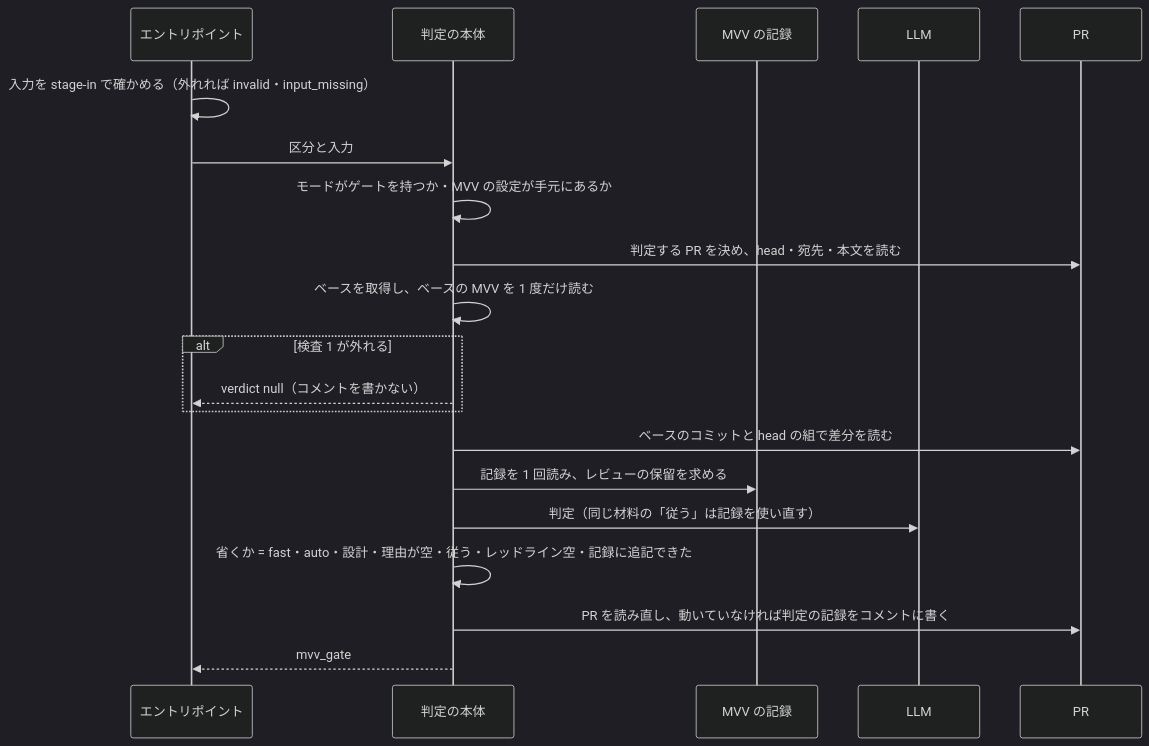
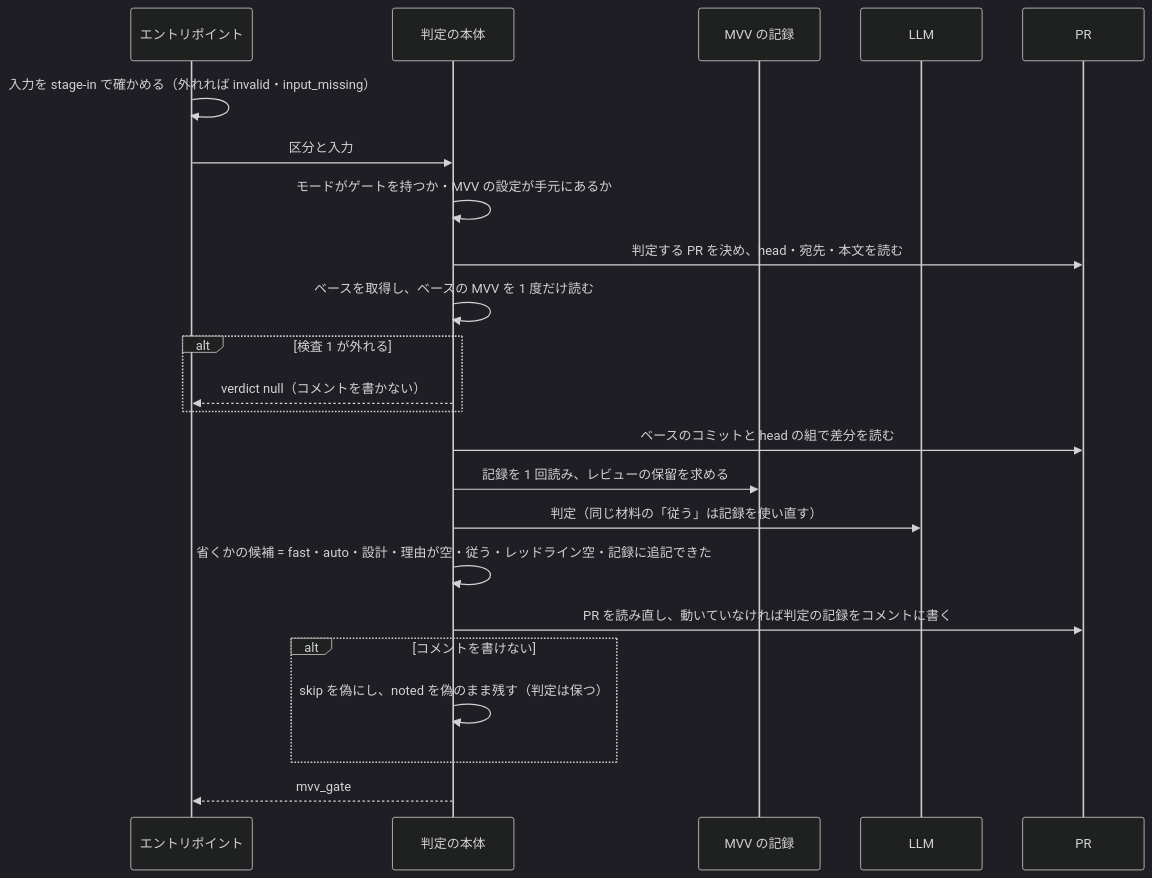
The diagram in docs/specifications/ndf-mvv-gate-every-pace.md (devbasex/ai-plugins), drawn with Mermaid (dark theme) before and after one commit. The commit also changed other lines of this file and 1 other file, not shown here.

````diff
--- a/docs/specifications/ndf-mvv-gate-every-pace.md
+++ b/docs/specifications/ndf-mvv-gate-every-pace.md
@@ -102,22 +103,25 @@
 ```mermaid
 sequenceDiagram
   participant E as エントリポイント
   participant G as 判定の本体
   participant R as MVV の記録
   participant L as LLM
   participant P as PR
   E->>E: 入力を stage-in で確かめる（外れれば invalid・input_missing）
   E->>G: 区分と入力
   G->>G: モードがゲートを持つか・MVV の設定が手元にあるか
   G->>P: 判定する PR を決め、head・宛先・本文を読む
   G->>G: ベースを取得し、ベースの MVV を 1 度だけ読む
   alt 検査 1 が外れる
     G-->>E: verdict null（コメントを書かない）
   end
   G->>P: ベースのコミットと head の組で差分を読む
   G->>R: 記録を 1 回読み、レビューの保留を求める
   G->>L: 判定（同じ材料の「従う」は記録を使い直す）
-  G->>G: 省くか = fast・auto・設計・理由が空・従う・レッドライン空・記録に追記できた
+  G->>G: 省くかの候補 = fast・auto・設計・理由が空・従う・レッドライン空・記録に追記できた
   G->>P: PR を読み直し、動いていなければ判定の記録をコメントに書く
+  alt コメントを書けない
+    G->>G: skip を偽にし、noted を偽のまま残す（判定は保つ）
+  end
   G-->>E: mvv_gate
 ```
````
